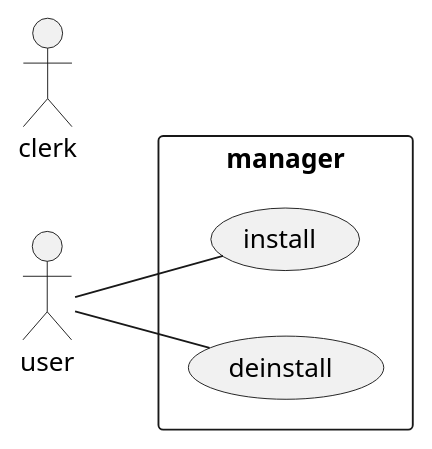
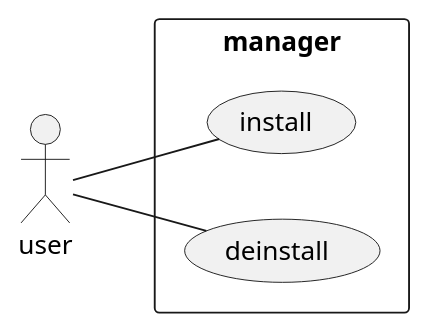
The diagram in Backend/asciidocs/ucd.puml (htl-leonding-project/5ahif-syp-chromecast-manager), drawn with PlantUML before and after one commit.

Commit message:
Uml created

```diff
--- a/Backend/asciidocs/ucd.puml
+++ b/Backend/asciidocs/ucd.puml
@@ -2,10 +2,9 @@
 @startuml
 left to right direction
 skinparam packageStyle rectangle
 actor user
-actor clerk
 rectangle manager {
   user -- (install)
   user -- (deinstall)
 }
 @enduml
```
